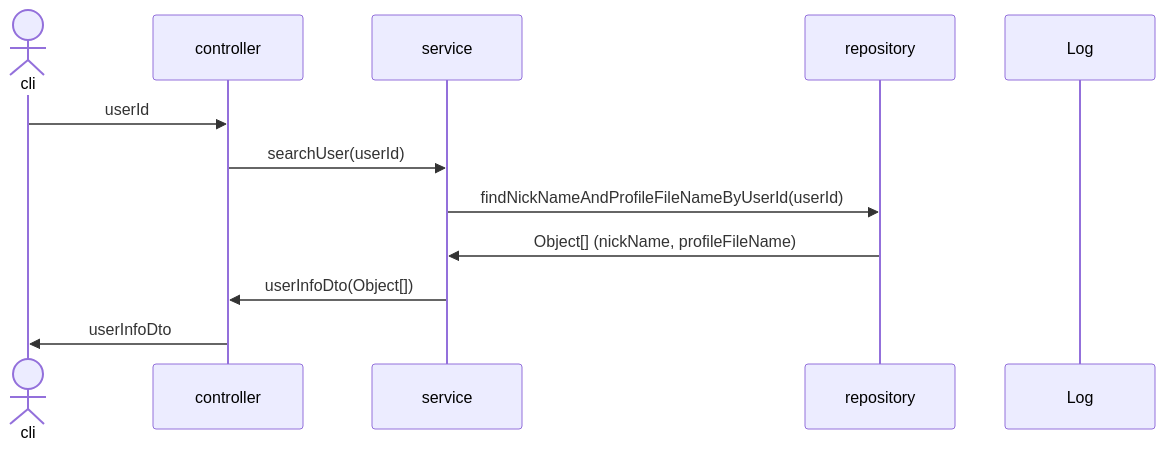
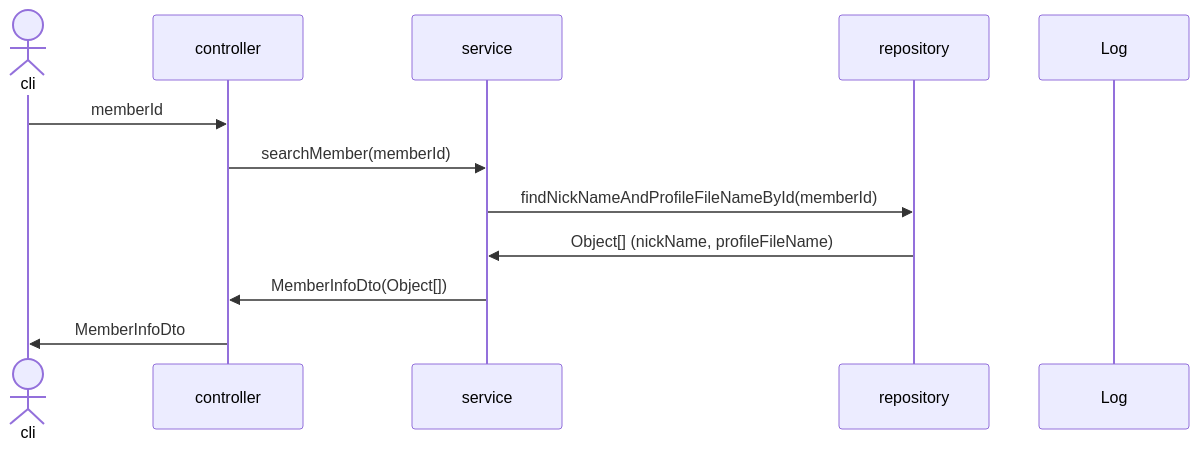
One commit to mtak0235/snsX changed diagram 12 of 28 in sequence.md. Above: the diagram before and after it, drawn with Mermaid. The commit also changed other lines of this file, not shown here.

Commit message:
update user -> member & savePost sequence diagram

````diff
--- a/sequence.md
+++ b/sequence.md
@@ -214,15 +214,15 @@
 ```mermaid
 sequenceDiagram
 actor cli
 participant c as controller
 participant s as service
 participant r as repository
 participant l as Log
 
-cli->>c: userId
-c->>s: searchUser(userId)
-s->>r: findNickNameAndProfileFileNameByUserId(userId)
+cli->>c: memberId
+c->>s: searchMember(memberId)
+s->>r: findNickNameAndProfileFileNameById(memberId)
 r->>s: Object[] (nickName, profileFileName)
-s->>c: userInfoDto(Object[])
-c->>cli: userInfoDto
+s->>c: MemberInfoDto(Object[])
+c->>cli: MemberInfoDto
 ```
````
